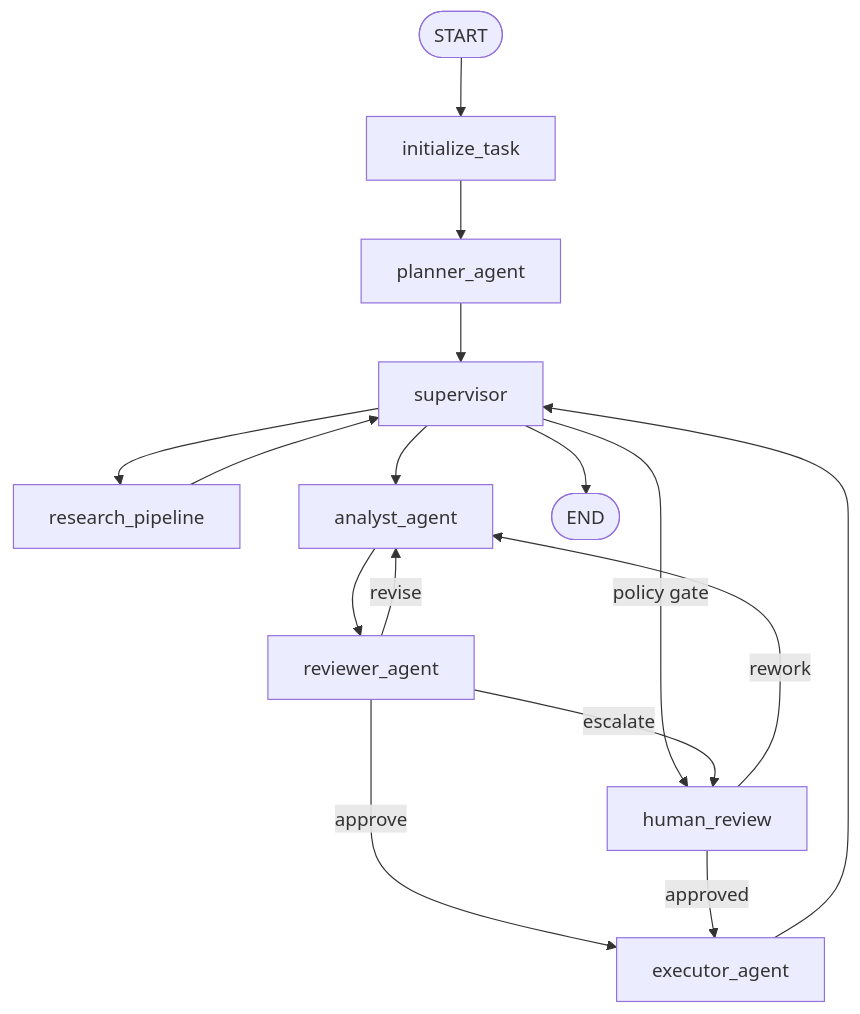
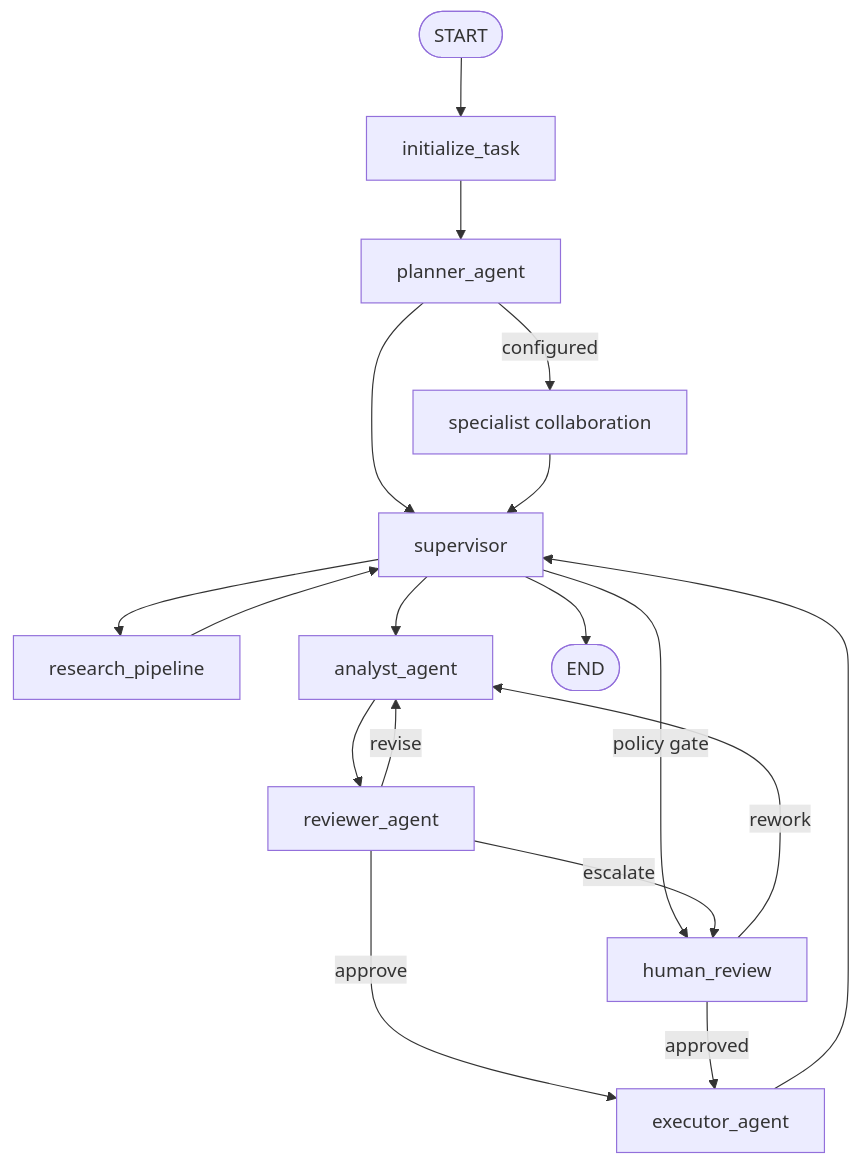
Before and after one commit to hyf020908/langgraph-agentops-studio: the diagram in README.md, drawn with Mermaid. The commit also changed other lines of this file and 32 other files, not shown here.

````diff
--- a/README.md
+++ b/README.md
@@ -24,18 +25,20 @@
 ```mermaid
 flowchart TD
     START([START]) --> init[initialize_task]
     init --> planner[planner_agent]
     planner --> supervisor[supervisor]
+    planner -->|configured| collaboration[specialist collaboration]
+    collaboration --> supervisor
     supervisor --> research[research_pipeline]
     research --> supervisor
     supervisor --> analyst[analyst_agent]
     supervisor -->|policy gate| hitl[human_review]
     analyst --> reviewer[reviewer_agent]
     reviewer -->|revise| analyst
     reviewer -->|escalate| hitl
     reviewer -->|approve| executor[executor_agent]
     hitl -->|approved| executor
     hitl -->|rework| analyst
     executor --> supervisor
     supervisor --> END([END])
 ```
````
